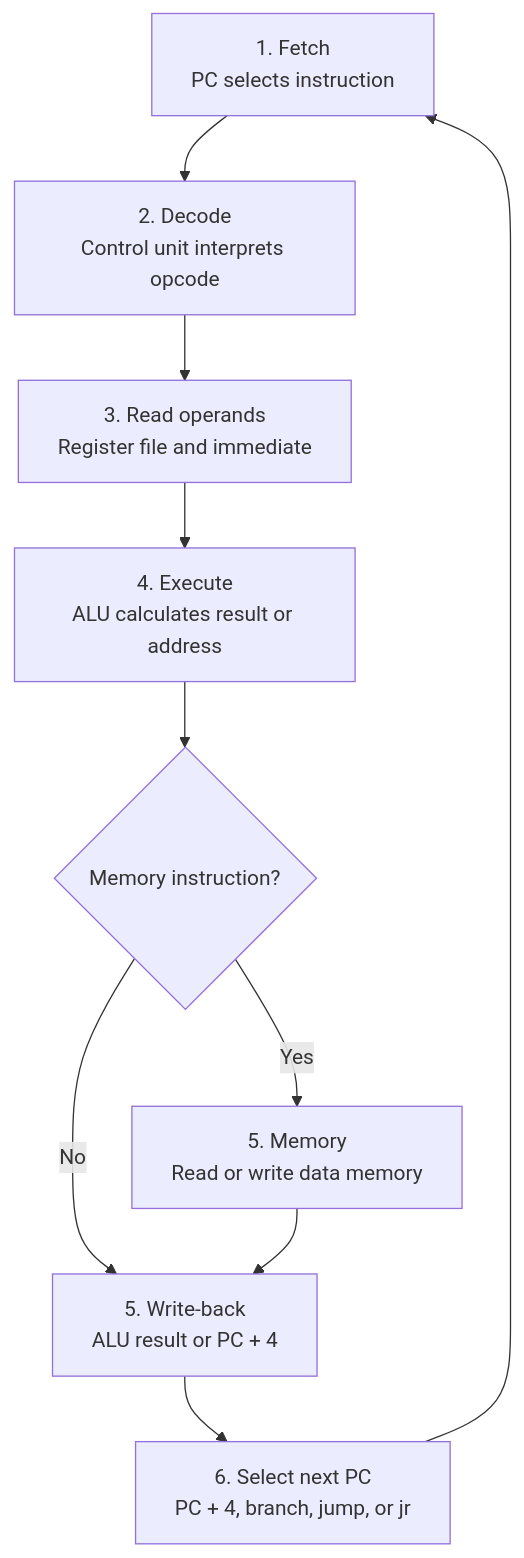
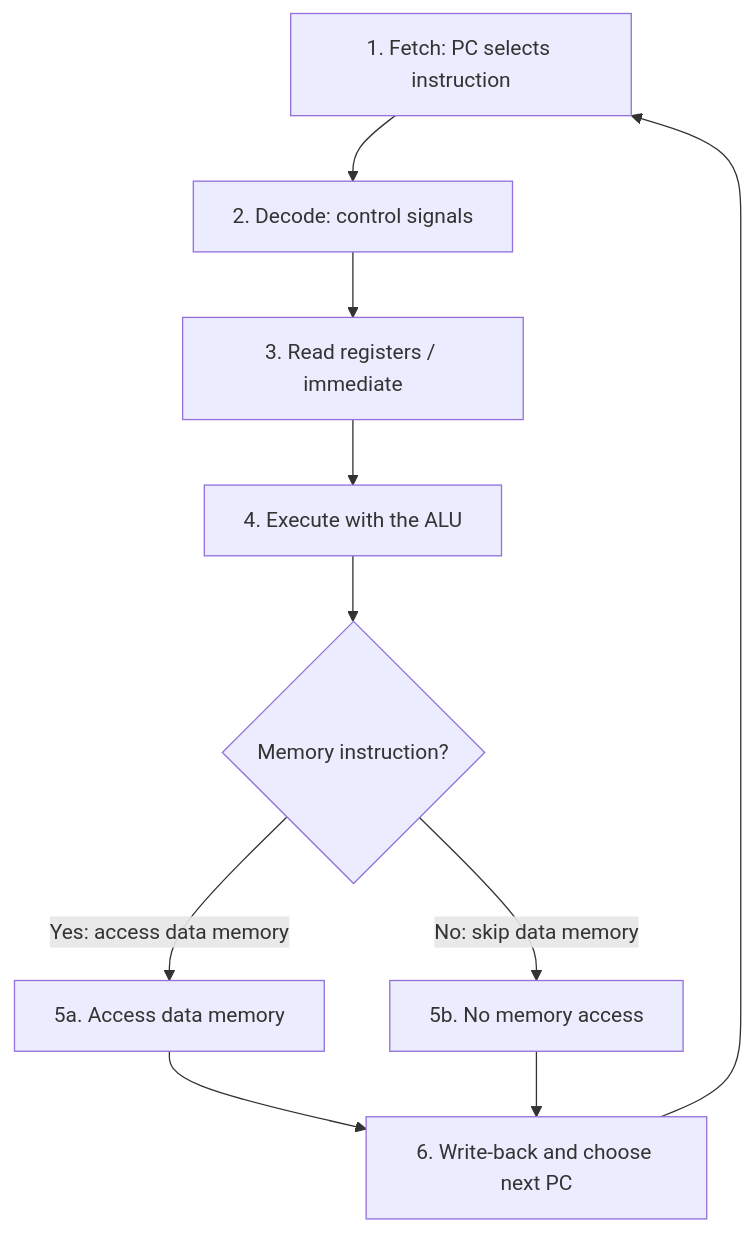
The diagram in docs/diagrams/instruction-cycle.mmd (mkfahim/mips32-single-cycle-processor), drawn with Mermaid before and after one commit.

Commit message:
docs: synchronize instruction-cycle Mermaid source

```diff
--- a/docs/diagrams/instruction-cycle.mmd
+++ b/docs/diagrams/instruction-cycle.mmd
@@ -1,10 +1,13 @@
 flowchart TD
-    A["1. Fetch<br/>PC selects instruction"] --> B["2. Decode<br/>Control unit interprets opcode"]
-    B --> C["3. Read operands<br/>Register file and immediate"]
-    C --> D["4. Execute<br/>ALU calculates result or address"]
+    A["1. Fetch: PC selects instruction"] --> B["2. Decode: control signals"]
+    B --> C["3. Read registers / immediate"]
+    C --> D["4. Execute with the ALU"]
     D --> E{"Memory instruction?"}
-    E -- No --> F["5. Write-back<br/>ALU result or PC + 4"]
-    E -- Yes --> G["5. Memory<br/>Read or write data memory"]
-    G --> F
-    F --> H["6. Select next PC<br/>PC + 4, branch, jump, or jr"]
+    E -- "Yes: access data memory" --> F["5a. Access data memory"]
+    E -- "No: skip data memory" --> G["5b. No memory access"]
+    F --> H["6. Write-back and choose next PC"]
+    G --> H
     H --> A
+
+
+%% The clock edge captures register, memory, and PC state.
```
